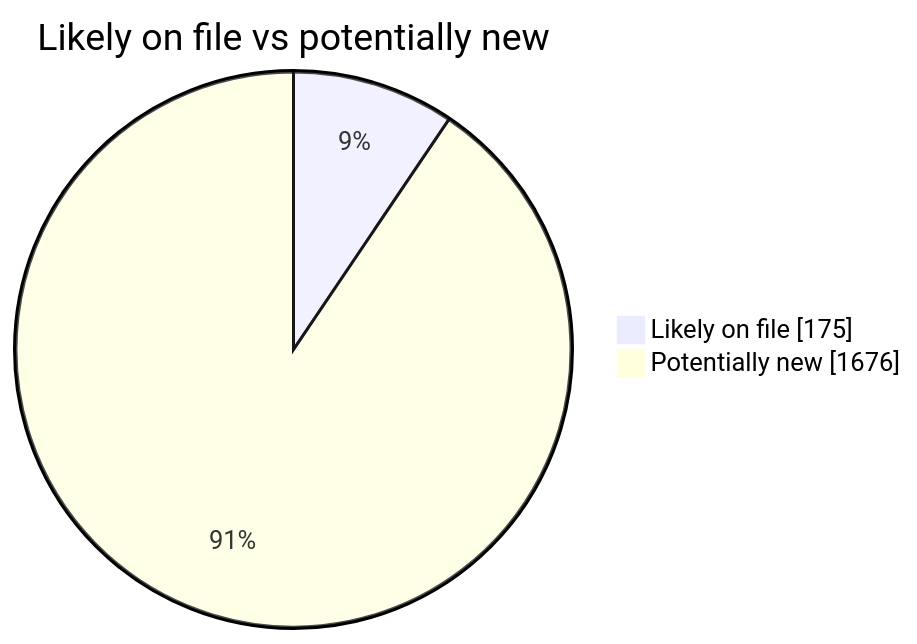
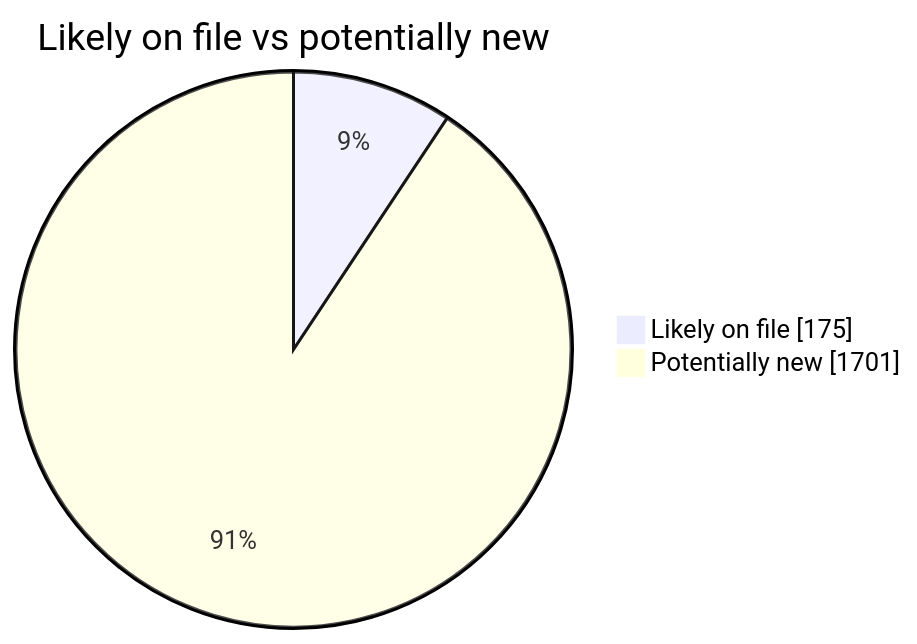
One commit to martinbalfanz/social-scanner-reports changed the second of 4 diagrams in README.md. Above: the diagram before and after it, drawn with Mermaid. The commit also changed other lines of this file and 4 other files, not shown here.

````diff
--- a/README.md
+++ b/README.md
@@ -40,5 +40,5 @@
 ```mermaid
 pie showData title Likely on file vs potentially new
     "Likely on file" : 175
-    "Potentially new" : 1676
+    "Potentially new" : 1701
 ```
````
